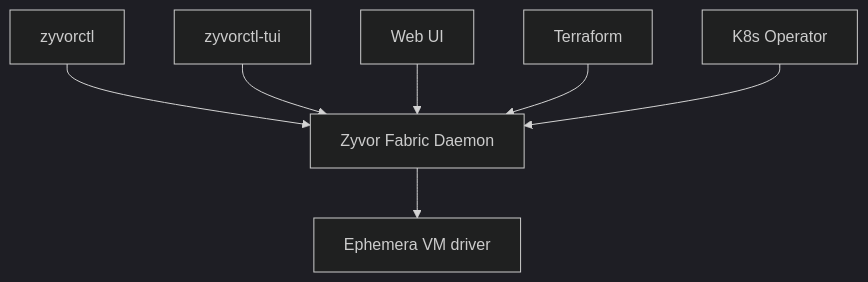
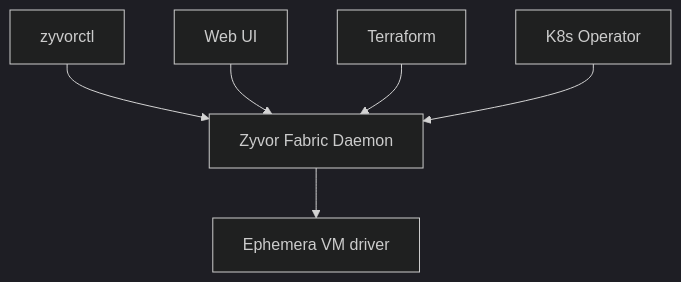
Before and after one commit to zyvorai/fabric: the diagram in README.md, drawn with Mermaid (dark theme). The commit also changed other lines of this file and 265 other files, not shown here.

````diff
--- a/README.md
+++ b/README.md
@@ -82,9 +79,8 @@
 ```mermaid
 flowchart TB
   CLI[zyvorctl] --> Daemon[Zyvor Fabric Daemon]
-  TUI[zyvorctl-tui] --> Daemon
-  Web[Web UI] --> Daemon
+    Web[Web UI] --> Daemon
   TF[Terraform] --> Daemon
   Op[K8s Operator] --> Daemon
   Daemon --> Eph[Ephemera VM driver]
 ```
````
